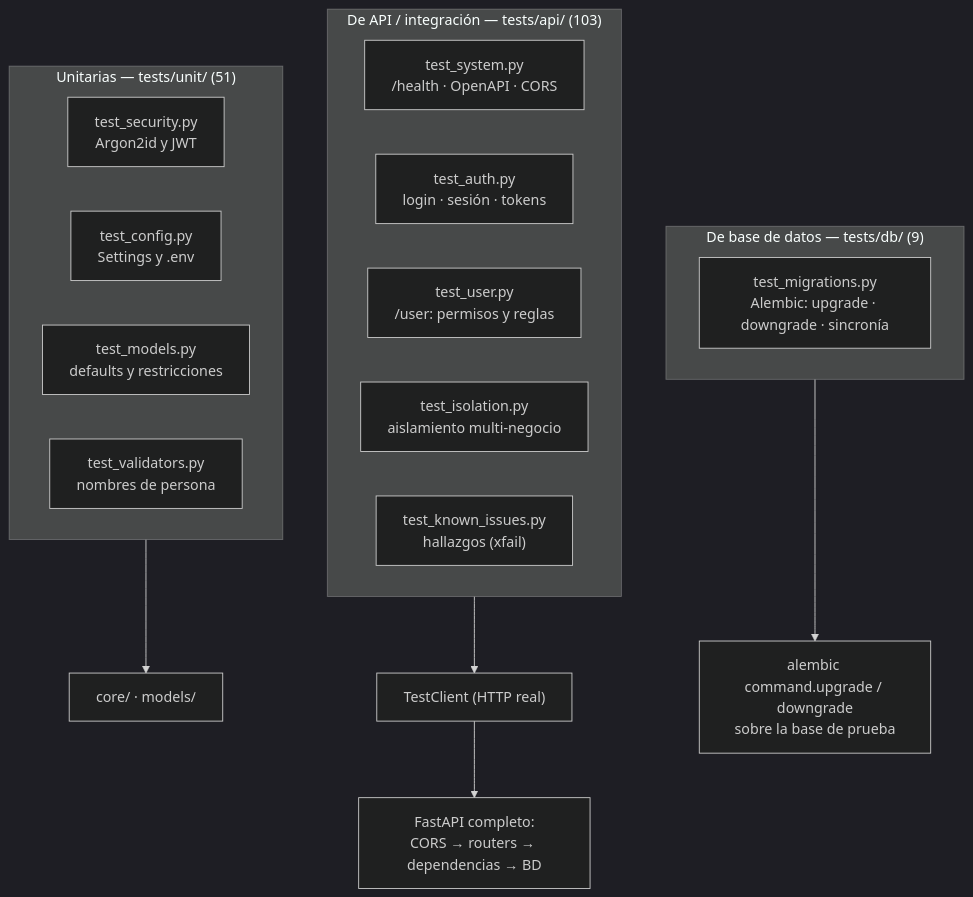
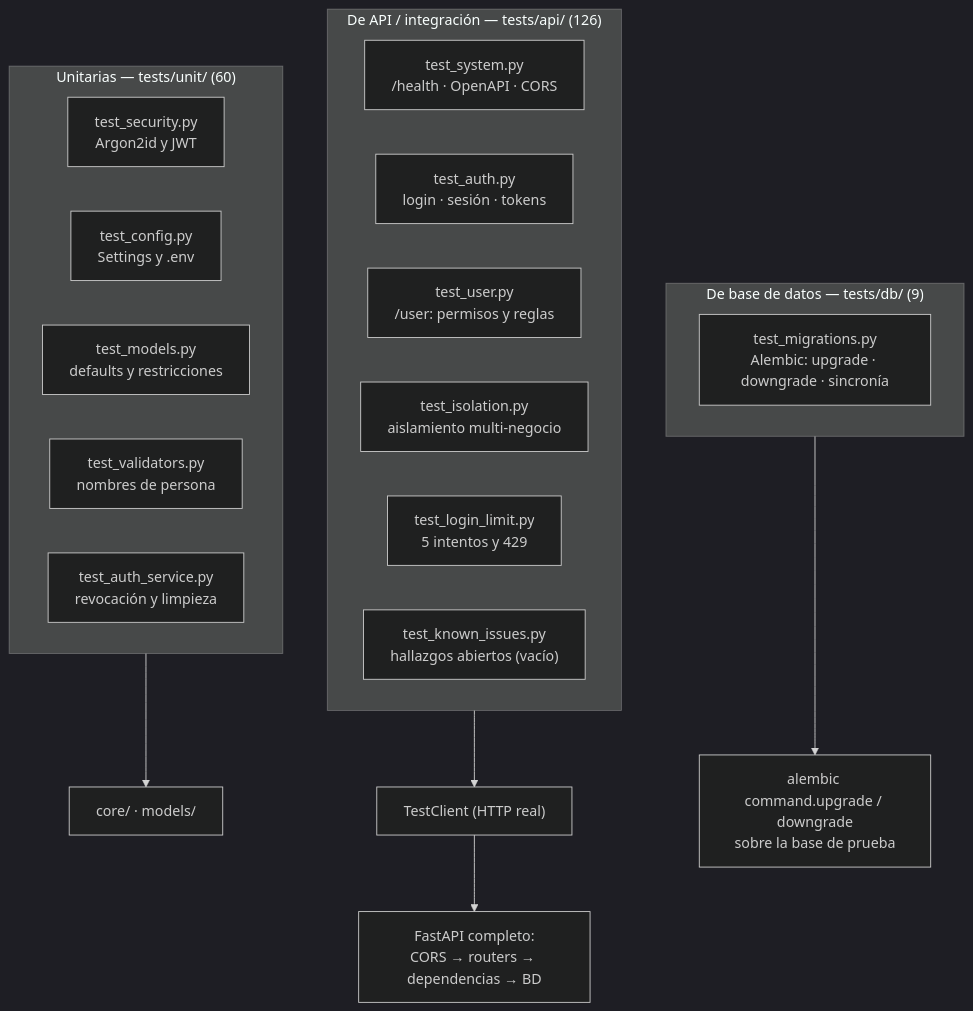
The second of 8 diagrams in docs/TESTING.md (AGA-Studio/Member-Web), drawn with Mermaid (dark theme) before and after one commit. The commit also changed other lines of this file, not shown here.

Commit message:
docs: actualizar pruebas y cerrar hallazgos h2, h4 y h6

````diff
--- a/docs/TESTING.md
+++ b/docs/TESTING.md
@@ -106,25 +107,27 @@
 ```mermaid
 flowchart TB
-    subgraph UNIT["Unitarias — tests/unit/ (51)"]
+    subgraph UNIT["Unitarias — tests/unit/ (60)"]
         U1["test_security.py<br/>Argon2id y JWT"]
         U2["test_config.py<br/>Settings y .env"]
         U3["test_models.py<br/>defaults y restricciones"]
         U4["test_validators.py<br/>nombres de persona"]
+        U5["test_auth_service.py<br/>revocación y limpieza"]
     end
 
-    subgraph API["De API / integración — tests/api/ (103)"]
+    subgraph API["De API / integración — tests/api/ (126)"]
         A1["test_system.py<br/>/health · OpenAPI · CORS"]
         A2["test_auth.py<br/>login · sesión · tokens"]
         A3["test_user.py<br/>/user: permisos y reglas"]
         A4["test_isolation.py<br/>aislamiento multi-negocio"]
-        A5["test_known_issues.py<br/>hallazgos (xfail)"]
+        A5["test_login_limit.py<br/>5 intentos y 429"]
+        A6["test_known_issues.py<br/>hallazgos abiertos (vacío)"]
     end
 
     subgraph DBT["De base de datos — tests/db/ (9)"]
         D1["test_migrations.py<br/>Alembic: upgrade · downgrade · sincronía"]
     end
 
     UNIT --> CODE["core/ · models/"]
     API --> HTTP["TestClient (HTTP real)"] --> APP["FastAPI completo:<br/>CORS → routers → dependencias → BD"]
     DBT --> ALE["alembic command.upgrade / downgrade<br/>sobre la base de prueba"]
 ```
````
